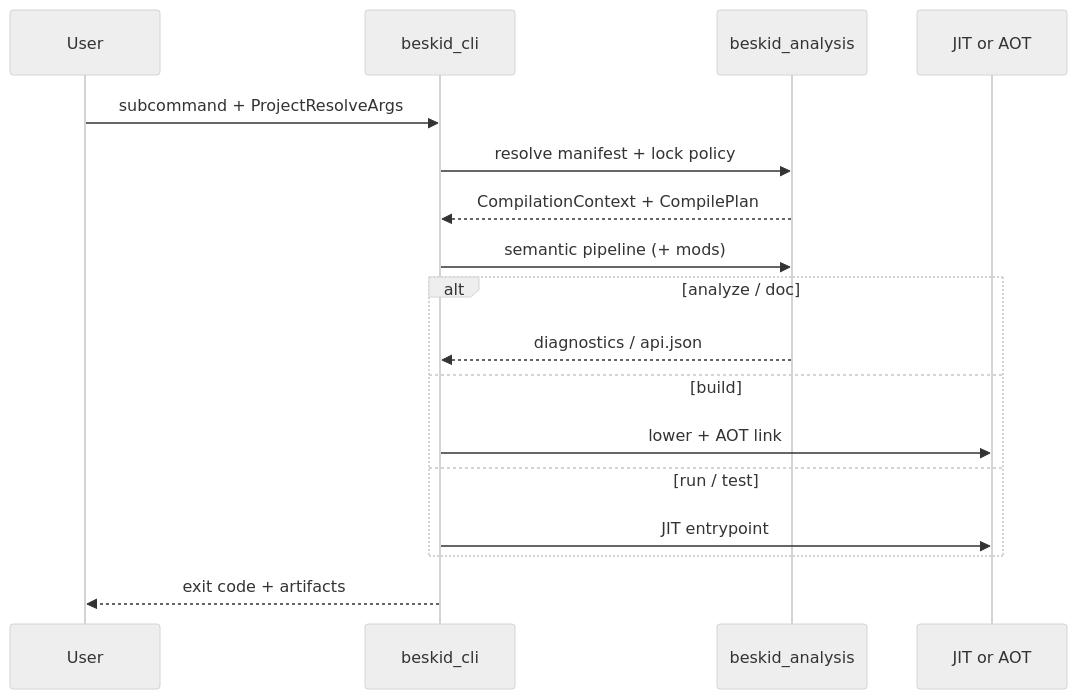
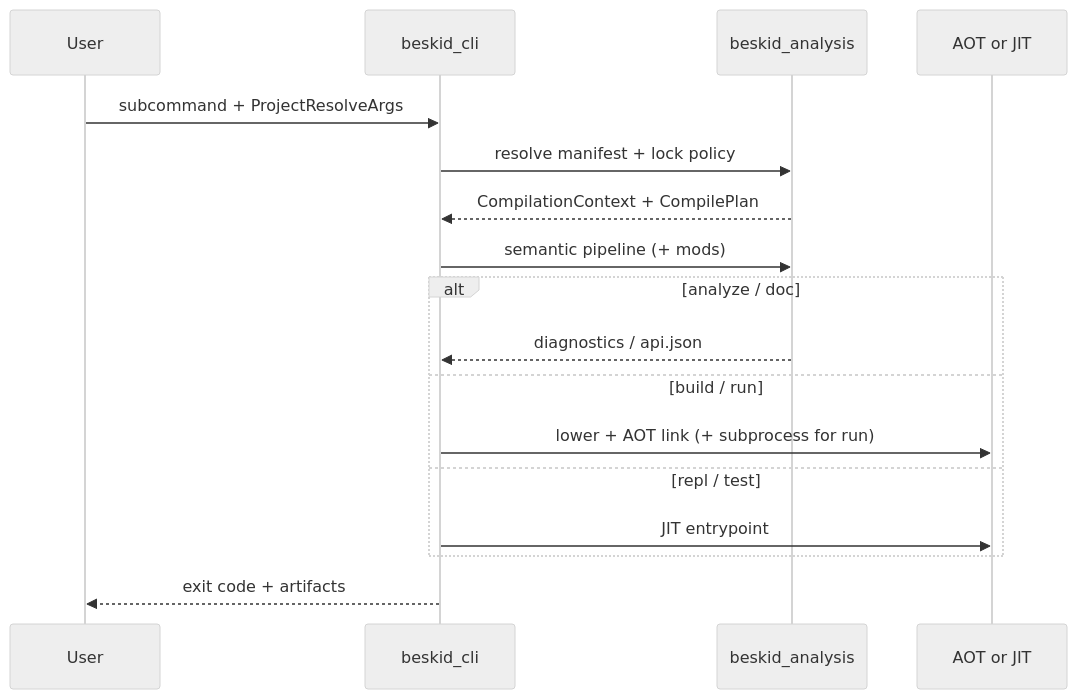
Before and after one commit to Cyber-Nomad-Collective/beskid: the diagram in site/website/src/content/docs/platform-spec/tooling/cli/build-analyze-run-contract/flow-and-algorithm.mdx, drawn with Mermaid (neutral theme). The commit also changed other lines of this file and 32 other files, not shown here.

````diff
--- a/site/website/src/content/docs/platform-spec/tooling/cli/build-analyze-run-contract/flow-and-algorithm.mdx
+++ b/site/website/src/content/docs/platform-spec/tooling/cli/build-analyze-run-contract/flow-and-algorithm.mdx
@@ -38,19 +38,19 @@
 ```mermaid
 sequenceDiagram
   participant User
   participant CLI as beskid_cli
   participant Analysis as beskid_analysis
-  participant Backend as JIT or AOT
+  participant Backend as AOT or JIT
   User->>CLI: subcommand + ProjectResolveArgs
   CLI->>Analysis: resolve manifest + lock policy
   Analysis-->>CLI: CompilationContext + CompilePlan
   CLI->>Analysis: semantic pipeline (+ mods)
   alt analyze / doc
     Analysis-->>CLI: diagnostics / api.json
-  else build
-    CLI->>Backend: lower + AOT link
-  else run / test
+  else build / run
+    CLI->>Backend: lower + AOT link (+ subprocess for run)
+  else repl / test
     CLI->>Backend: JIT entrypoint
   end
   CLI-->>User: exit code + artifacts
 ```
````
